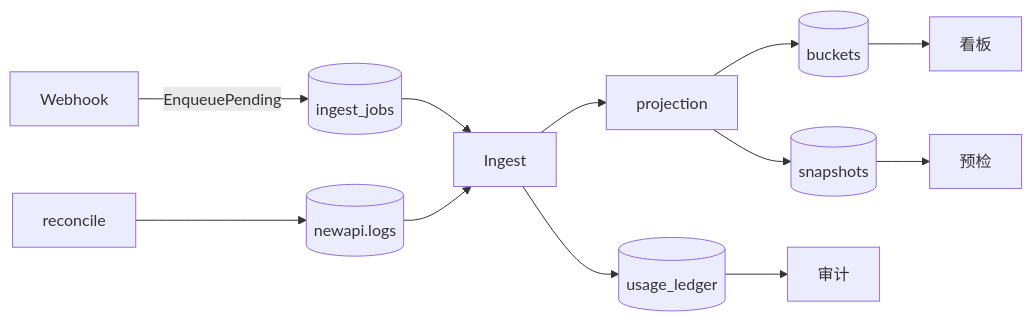
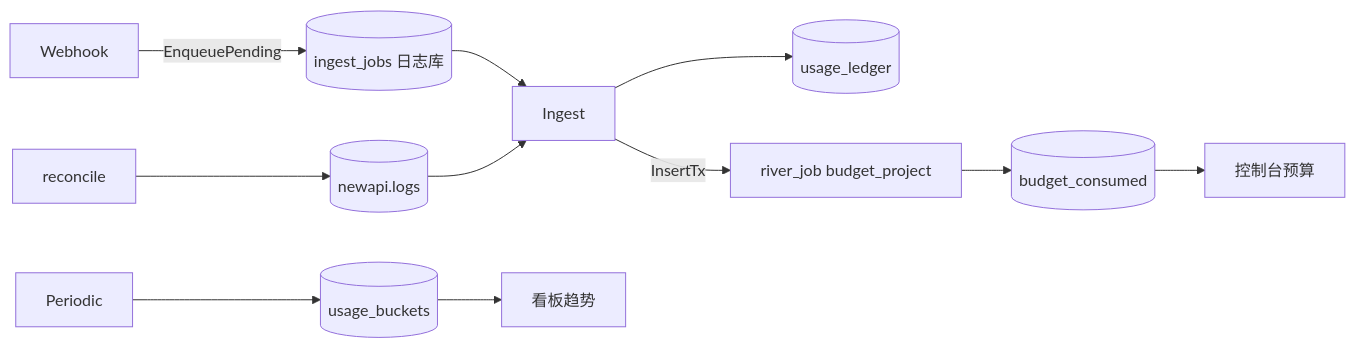
The sixth of 7 diagrams in docs/Backend-存储架构.md (quyip8818/mytokenjoy), drawn with Mermaid before and after one commit. The commit also changed other lines of this file and 112 other files, not shown here.

````diff
--- a/docs/Backend-存储架构.md
+++ b/docs/Backend-存储架构.md
@@ -159,11 +170,12 @@
 ```mermaid
 flowchart LR
-  WH[Webhook] -->|EnqueuePending| Q[(ingest_jobs)]
+  WH[Webhook] -->|EnqueuePending| Q[(ingest_jobs 日志库)]
   Q --> ING[Ingest]
   RC[reconcile] --> NLG[(newapi.logs)] --> ING
   ING --> UL[(usage_ledger)]
-  ING --> PROJ[projection] --> UB[(buckets)] & BS[(snapshots)]
-  UL --> AUD[审计]
-  UB --> DASH[看板]
-  BS --> GW[预检]
+  ING -->|InsertTx| RJ[river_job budget_project]
+  RJ --> BC[(budget_consumed)]
+  PER[Periodic] --> UB[(usage_buckets)]
+  BC --> DASH[控制台预算]
+  UB --> DASH2[看板趋势]
 ```
````
